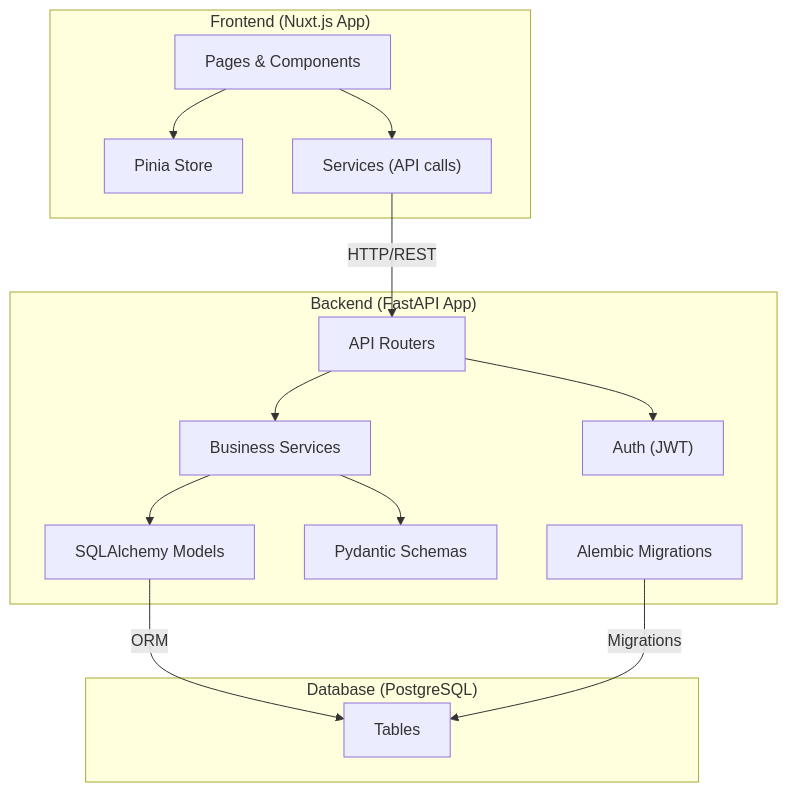
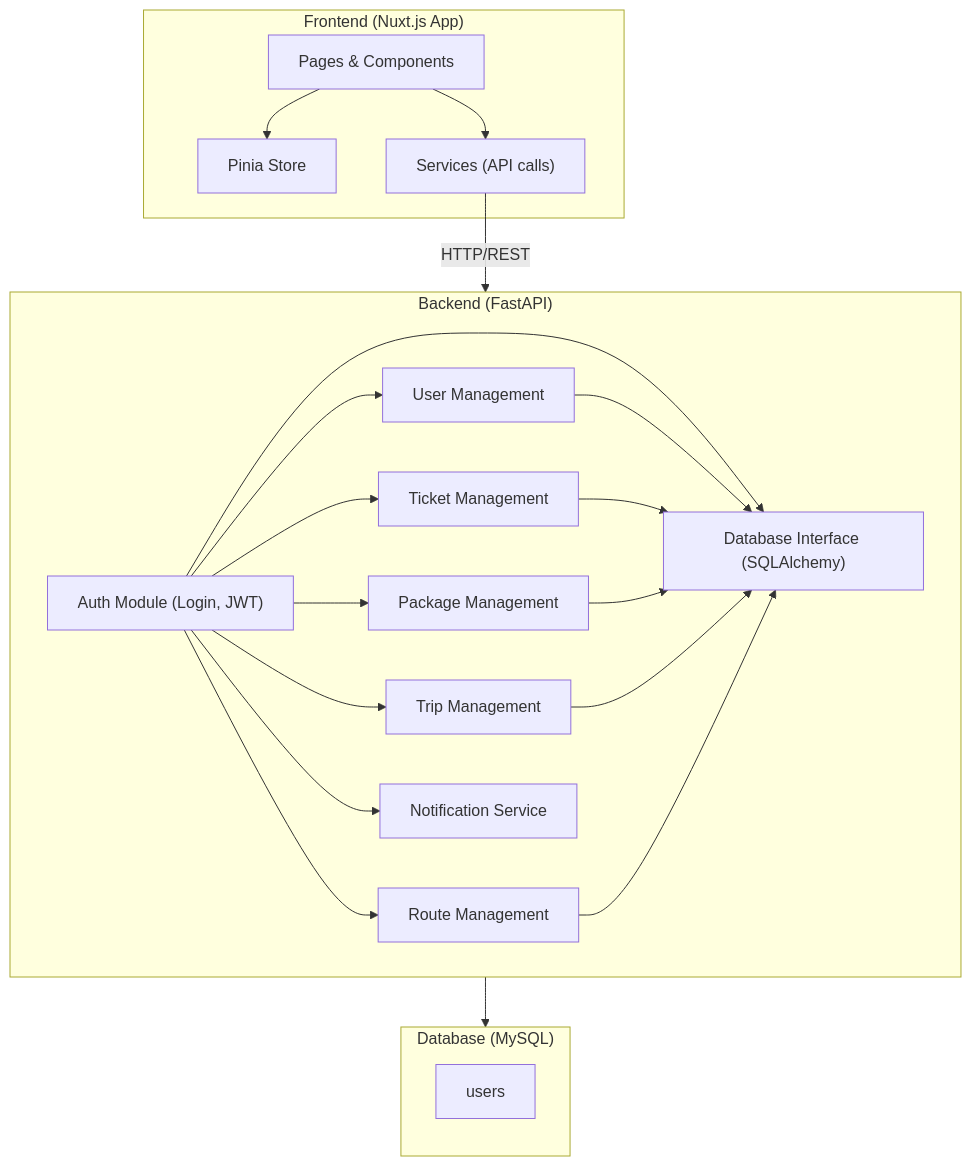
One commit to IdenTiclla/trans-comarapa-app changed the diagram in docs/component_diagram.mmd. Above: the diagram before and after it, drawn with Mermaid. The commit also changed 2 other files, not shown here.

Commit message:
Update documentation to reflect database change from PostgreSQL to MySQL across README.md, architecture.md, and component_diagram.mmd.

```diff
--- a/docs/component_diagram.mmd
+++ b/docs/component_diagram.mmd
@@ -1,35 +1,46 @@
  %% Component Diagram - Trans Comarapa
 
 flowchart TB
     %% Frontend
     subgraph Frontend ["Frontend (Nuxt.js App)"]
         FE1["Pages & Components"]
         FE2["Pinia Store"]
         FE3["Services (API calls)"]
     end
 
     %% Backend
-    subgraph Backend ["Backend (FastAPI App)"]
-        BE1["API Routers"]
-        BE2["Business Services"]
-        BE3["Auth (JWT)"]
-        BE4["SQLAlchemy Models"]
-        BE5["Pydantic Schemas"]
-        BE6["Alembic Migrations"]
+    subgraph API ["Backend (FastAPI)"]
+        direction LR
+        Login["Auth Module (Login, JWT)"]
+        Users["User Management"]
+        Tickets["Ticket Management"]
+        Packages["Package Management"]
+        Trips["Trip Management"]
+        Routes["Route Management"]
+        Notifications["Notification Service"]
+        DBInterface["Database Interface (SQLAlchemy)"]
     end
 
     %% Database
-    subgraph Database ["Database (PostgreSQL)"]
-        DB1["Tables"]
+    subgraph Database ["Database (MySQL)"]
+        direction TB
+        UsersTable["users"]
     end
 
     %% Relaciones
     FE1 --> FE2
     FE1 --> FE3
-    FE3 -- "HTTP/REST" --> BE1
-    BE1 --> BE2
-    BE1 --> BE3
-    BE2 --> BE4
-    BE2 --> BE5
-    BE4 -- "ORM" --> DB1
-    BE6 -- "Migrations" --> DB1
+    FE3 -- "HTTP/REST" --> Login
+    Login --> Users
+    Login --> Tickets
+    Login --> Packages
+    Login --> Trips
+    Login --> Routes
+    Login --> Notifications
+    Login --> DBInterface
+    Users --> DBInterface
+    Tickets --> DBInterface
+    Packages --> DBInterface
+    Trips --> DBInterface
+    Routes --> DBInterface
+    DBInterface --> UsersTable
```
